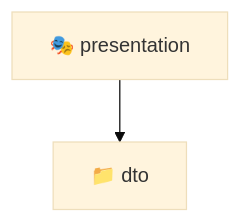
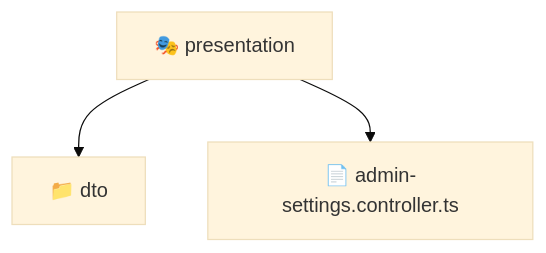
The diagram in backend/src/modules/admin-settings/presentation/README.md (beginwebdev2002/fullstack-mavluda), drawn with Mermaid (base theme) before and after one commit. The commit also changed other lines of this file and 157 other files, not shown here.

First line of the commit message:
docs: generate localized readmes for architectural transparency

````diff
--- a/backend/src/modules/admin-settings/presentation/README.md
+++ b/backend/src/modules/admin-settings/presentation/README.md
@@ -9,5 +11,6 @@
 ```mermaid
 graph TD
   presentation["🎭 presentation"]
-  presentation --> dto["📁 dto"]
+  presentation --> presentation_dto["📁 dto"]
+  presentation --> presentation_admin_settings_controller_ts["📄 admin-settings.controller.ts"]
 ```
````
